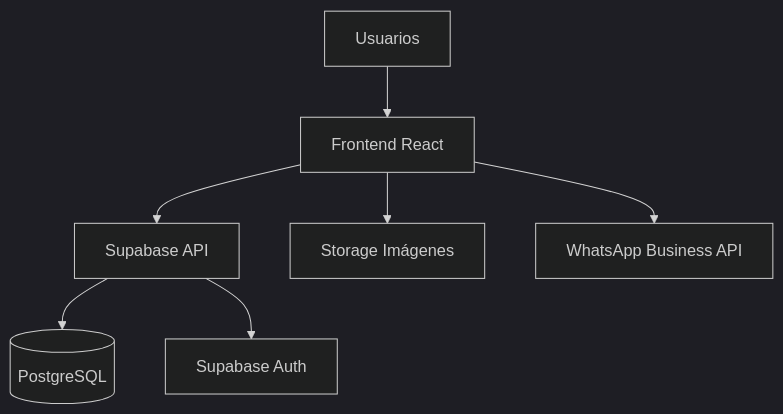
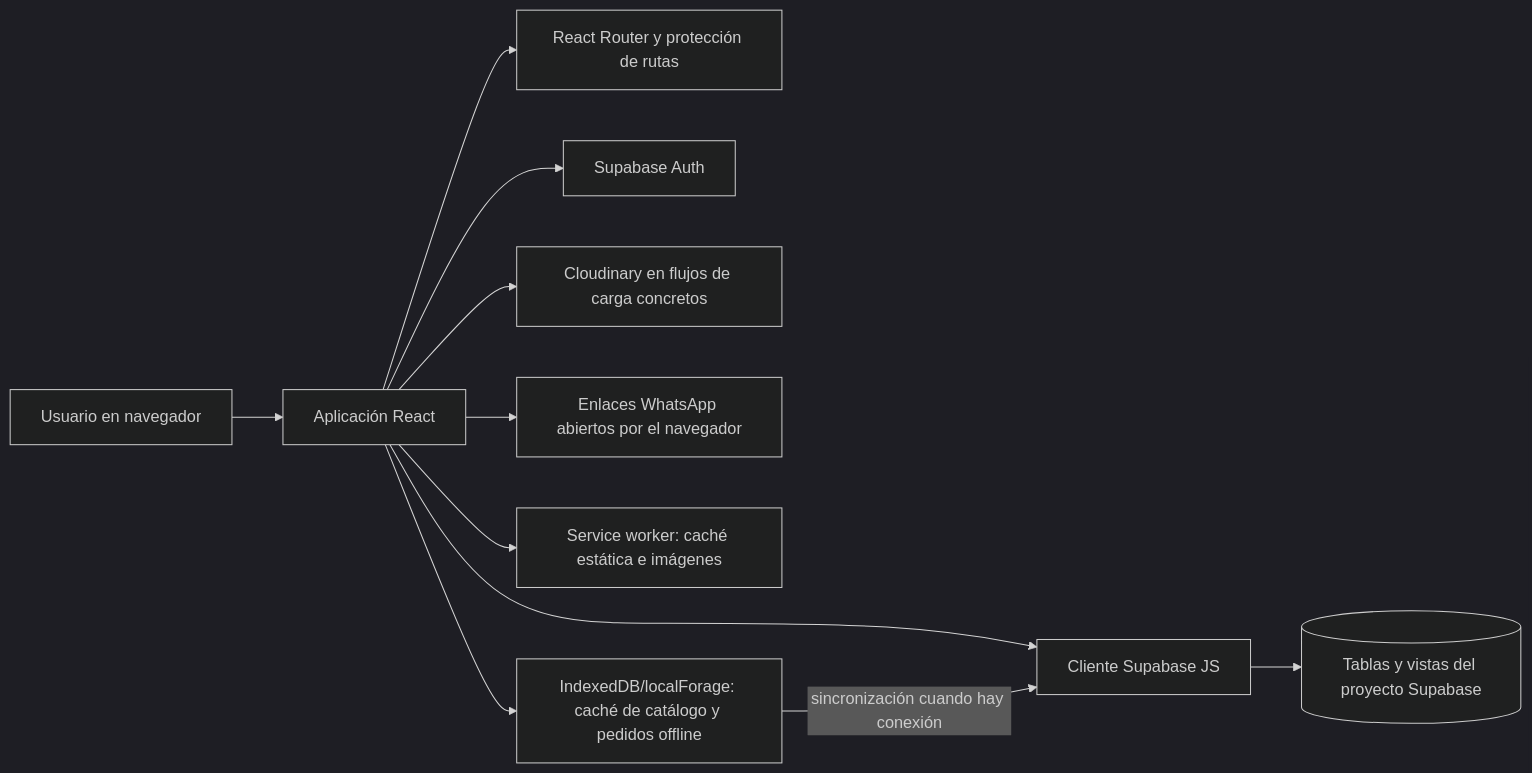
One commit to 3marin7/pedido-ebs-web changed the first of 4 diagrams in docs/DOCUMENTACION_CLIENTE 2/02_TECNICA/02.4_Diagramas_Sistema.md. Above: the diagram before and after it, drawn with Mermaid (dark theme). The commit also changed other lines of this file and 24 other files, not shown here.

````diff
--- a/docs/DOCUMENTACION_CLIENTE 2/02_TECNICA/02.4_Diagramas_Sistema.md
+++ b/docs/DOCUMENTACION_CLIENTE 2/02_TECNICA/02.4_Diagramas_Sistema.md
@@ -140,9 +9,13 @@
 ```mermaid
-flowchart TB
-  User[Usuarios] --> UI[Frontend React]
-  UI --> API[Supabase API]
-  API --> DB[(PostgreSQL)]
-  UI --> Storage[Storage Imágenes]
-  API --> Auth[Supabase Auth]
-  UI --> WhatsApp[WhatsApp Business API]
+flowchart LR
+  N[Usuario en navegador] --> APP[Aplicación React]
+  APP --> ROUTER[React Router y protección de rutas]
+  APP --> AUTH[Supabase Auth]
+  APP --> API[Cliente Supabase JS]
+  API --> DB[(Tablas y vistas del proyecto Supabase)]
+  APP --> IMG[Cloudinary en flujos de carga concretos]
+  APP --> W[Enlaces WhatsApp abiertos por el navegador]
+  APP --> SW[Service worker: caché estática e imágenes]
+  APP --> LOCAL[IndexedDB/localForage: caché de catálogo y pedidos offline]
+  LOCAL -->|sincronización cuando hay conexión| API
 ```
````
